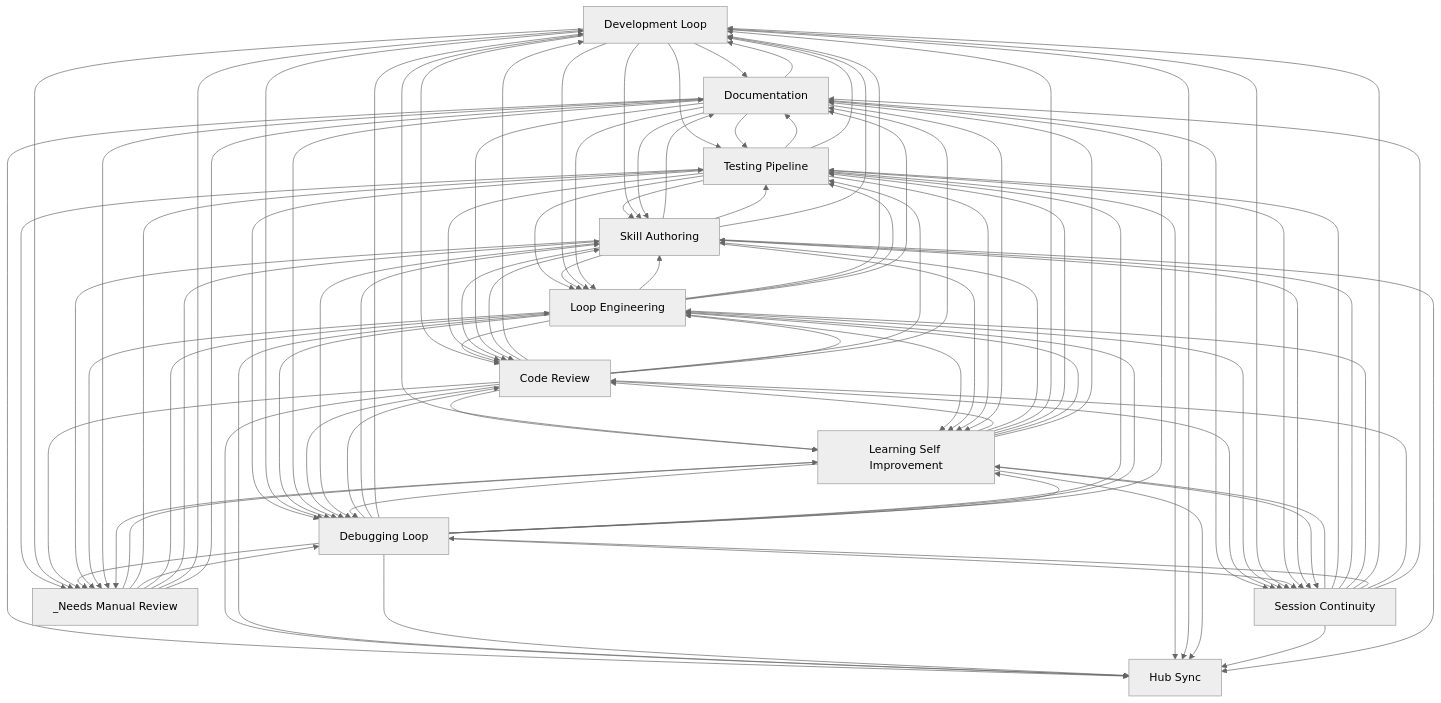
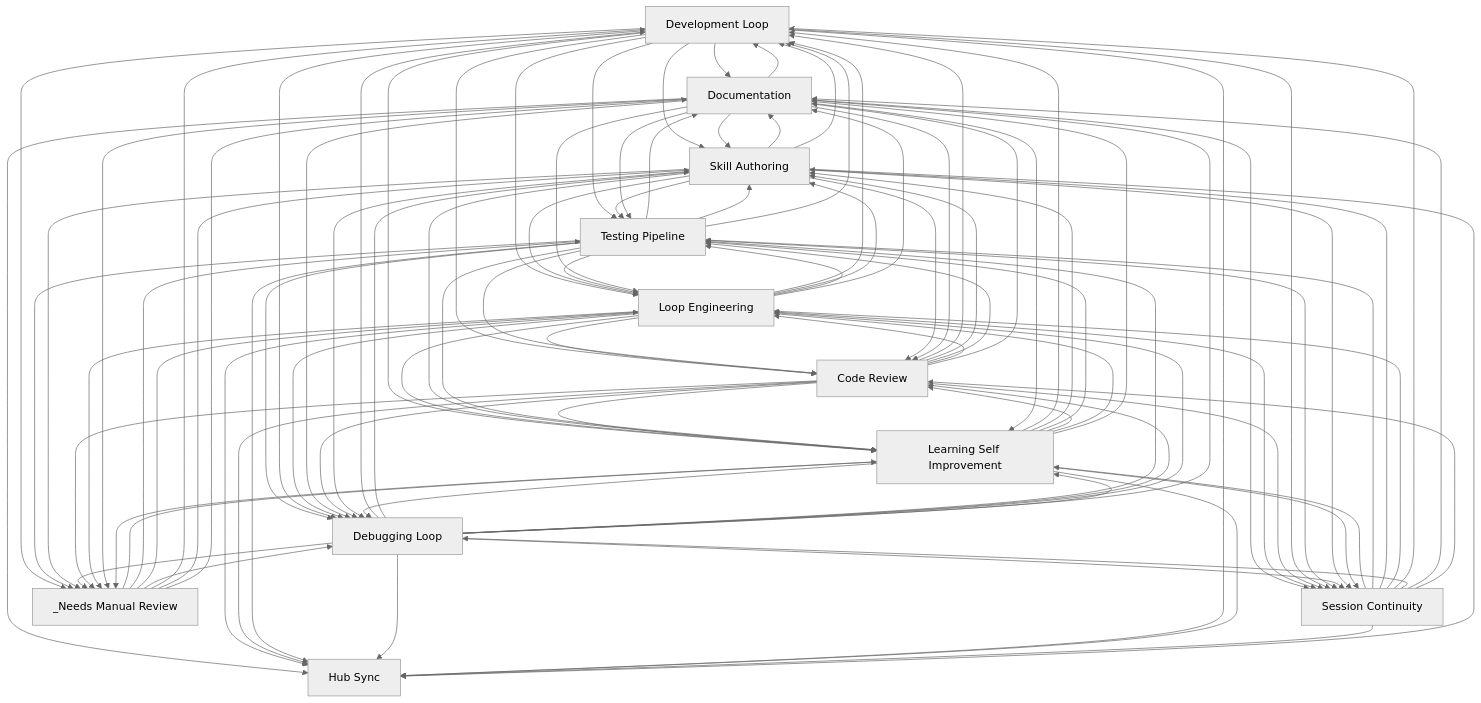
Before and after one commit to abhayla/claude-best-practices: the diagram in docs/workflows/INDEX.md, drawn with Mermaid (neutral theme). The commit also changed other lines of this file and 19 other files, not shown here.

````diff
--- a/docs/workflows/INDEX.md
+++ b/docs/workflows/INDEX.md
@@ -33,100 +33,100 @@
     documentation[Documentation]
     hub_sync[Hub Sync]
     _needs_manual_review[_Needs Manual Review]
+    development_loop --> documentation
+    skill_authoring --> documentation
     testing_pipeline --> documentation
-    skill_authoring --> documentation
-    development_loop --> documentation
+    development_loop --> skill_authoring
+    development_loop --> testing_pipeline
+    development_loop --> loop_engineering
+    skill_authoring --> testing_pipeline
+    skill_authoring --> loop_engineering
     testing_pipeline --> skill_authoring
     testing_pipeline --> loop_engineering
-    skill_authoring --> testing_pipeline
-    skill_authoring --> loop_engineering
-    development_loop --> testing_pipeline
-    development_loop --> skill_authoring
-    development_loop --> loop_engineering
+    documentation --> skill_authoring
     documentation --> testing_pipeline
-    documentation --> skill_authoring
     documentation --> loop_engineering
+    development_loop --> code_review
+    loop_engineering --> development_loop
+    loop_engineering --> skill_authoring
+    loop_engineering --> testing_pipeline
+    loop_engineering --> code_review
+    code_review --> development_loop
     code_review --> skill_authoring
-    code_review --> development_loop
     code_review --> testing_pipeline
     code_review --> loop_engineering
-    development_loop --> code_review
-    loop_engineering --> code_review
-    loop_engineering --> skill_authoring
-    loop_engineering --> development_loop
-    loop_engineering --> testing_pipeline
-    code_review --> learning_self_improvement
     development_loop --> learning_self_improvement
     loop_engineering --> learning_self_improvement
+    code_review --> learning_self_improvement
     testing_pipeline --> development_loop
     testing_pipeline --> debugging_loop
     testing_pipeline --> code_review
+    debugging_loop --> development_loop
+    debugging_loop --> skill_authoring
+    debugging_loop --> testing_pipeline
     debugging_loop --> code_review
-    debugging_loop --> skill_authoring
-    debugging_loop --> development_loop
-    debugging_loop --> testing_pipeline
     debugging_loop --> loop_engineering
     development_loop --> debugging_loop
     documentation --> development_loop
     loop_engineering --> debugging_loop
     loop_engineering --> documentation
+    skill_authoring --> development_loop
     skill_authoring --> code_review
-    skill_authoring --> development_loop
     skill_authoring --> learning_self_improvement
     testing_pipeline --> learning_self_improvement
+    development_loop --> _needs_manual_review
     testing_pipeline --> _needs_manual_review
-    development_loop --> _needs_manual_review
+    documentation --> debugging_loop
     documentation --> code_review
-    documentation --> debugging_loop
     code_review --> debugging_loop
     documentation --> hub_sync
     documentation --> session_continuity
     documentation --> learning_self_improvement
+    loop_engineering --> hub_sync
+    loop_engineering --> session_continuity
+    code_review --> documentation
     code_review --> hub_sync
     code_review --> session_continuity
-    code_review --> documentation
-    loop_engineering --> hub_sync
-    loop_engineering --> session_continuity
+    development_loop --> session_continuity
     session_continuity --> learning_self_improvement
     session_continuity --> testing_pipeline
-    development_loop --> session_continuity
     _needs_manual_review --> learning_self_improvement
     _needs_manual_review --> testing_pipeline
+    testing_pipeline --> session_continuity
     debugging_loop --> session_continuity
     debugging_loop --> learning_self_improvement
-    testing_pipeline --> session_continuity
+    testing_pipeline --> hub_sync
+    debugging_loop --> documentation
     debugging_loop --> hub_sync
-    debugging_loop --> documentation
-    testing_pipeline --> hub_sync
     development_loop --> hub_sync
     skill_authoring --> session_continuity
     skill_authoring --> debugging_loop
+    _needs_manual_review --> loop_engineering
     _needs_manual_review --> debugging_loop
-    _needs_manual_review --> loop_engineering
+    learning_self_improvement --> development_loop
+    learning_self_improvement --> skill_authoring
+    learning_self_improvement --> testing_pipeline
+    learning_self_improvement --> debugging_loop
     learning_self_improvement --> code_review
-    learning_self_improvement --> debugging_loop
-    learning_self_improvement --> skill_authoring
-    learning_self_improvement --> development_loop
-    learning_self_improvement --> testing_pipeline
     learning_self_improvement --> loop_engineering
+    skill_authoring --> _needs_manual_review
+    debugging_loop --> _needs_manual_review
     code_review --> _needs_manual_review
-    debugging_loop --> _needs_manual_review
-    skill_authoring --> _needs_manual_review
     loop_engineering --> _needs_manual_review
+    _needs_manual_review --> development_loop
     _needs_manual_review --> skill_authoring
-    _needs_manual_review --> development_loop
     _needs_manual_review --> documentation
     learning_self_improvement --> session_continuity
     documentation --> _needs_manual_review
     session_continuity --> skill_authoring
     session_continuity --> loop_engineering
+    learning_self_improvement --> documentation
     learning_self_improvement --> hub_sync
-    learning_self_improvement --> documentation
     session_continuity --> development_loop
     session_continuity --> debugging_loop
+    session_continuity --> documentation
+    session_continuity --> hub_sync
     session_continuity --> code_review
-    session_continuity --> hub_sync
-    session_continuity --> documentation
     skill_authoring --> hub_sync
     learning_self_improvement --> _needs_manual_review
 ```
````
